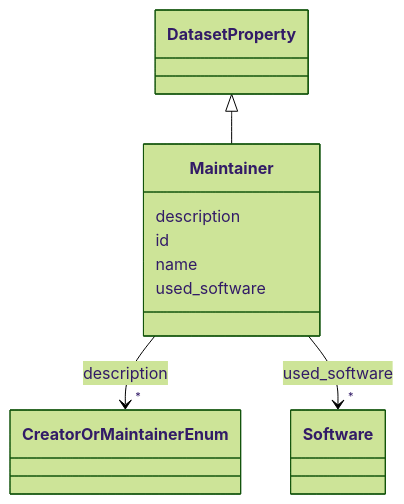
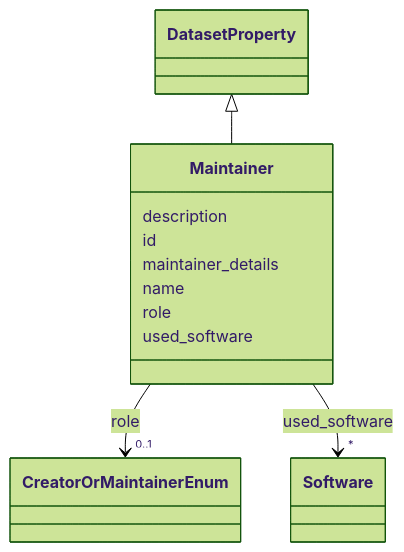
Before and after one commit to bridge2ai/data-sheets-schema: the diagram in docs/Maintainer.md, drawn with Mermaid (forest theme). The commit also changed other lines of this file and 682 other files, not shown here.

````diff
--- a/docs/Maintainer.md
+++ b/docs/Maintainer.md
@@ -20,35 +20,39 @@
 ```mermaid
  classDiagram
     class Maintainer
     click Maintainer href "../Maintainer/"
       DatasetProperty <|-- Maintainer
         click DatasetProperty href "../DatasetProperty/"
       
       Maintainer : description
         
+      Maintainer : id
+        
+      Maintainer : maintainer_details
+        
+      Maintainer : name
+        
+      Maintainer : role
+        
           
     
         
         
-        Maintainer --> "*" CreatorOrMaintainerEnum : description
+        Maintainer --> "0..1" CreatorOrMaintainerEnum : role
         click CreatorOrMaintainerEnum href "../CreatorOrMaintainerEnum/"
     
 
-        
-      Maintainer : id
-        
-      Maintainer : name
         
       Maintainer : used_software
         
           
     
         
         
         Maintainer --> "*" Software : used_software
         click Software href "../Software/"
     
 
         
       
 ```
````
